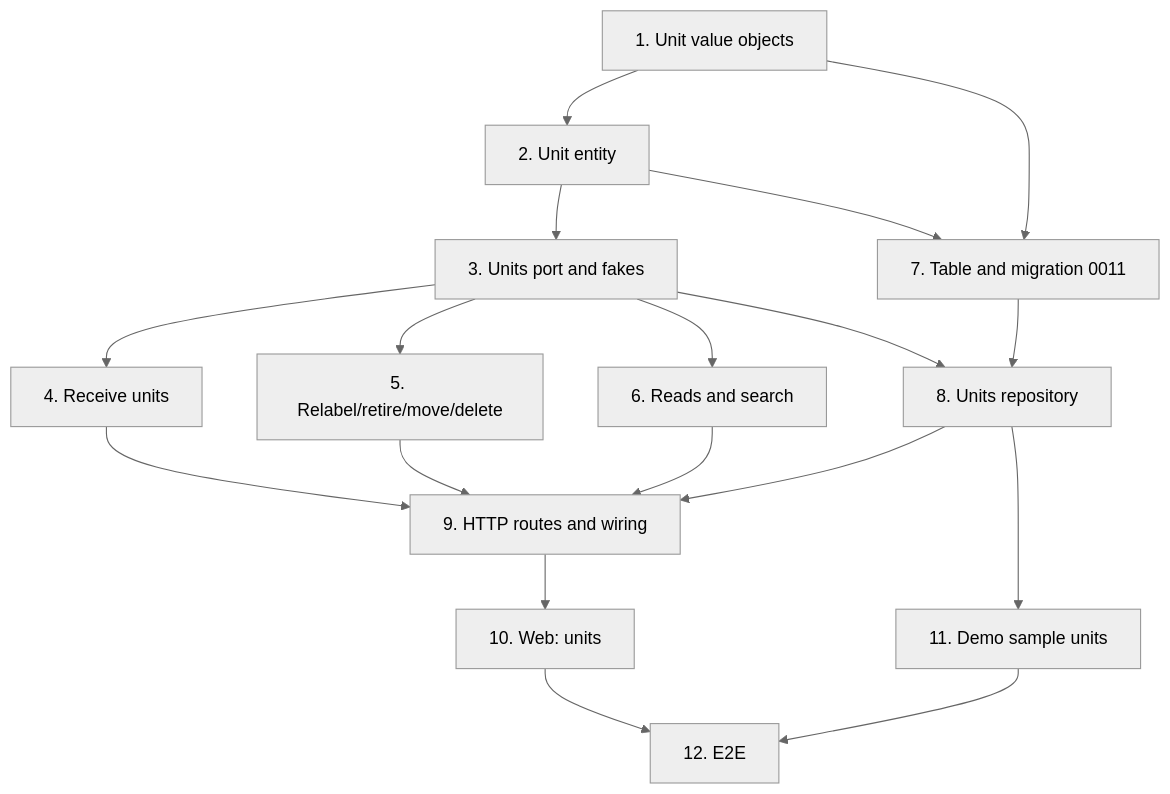
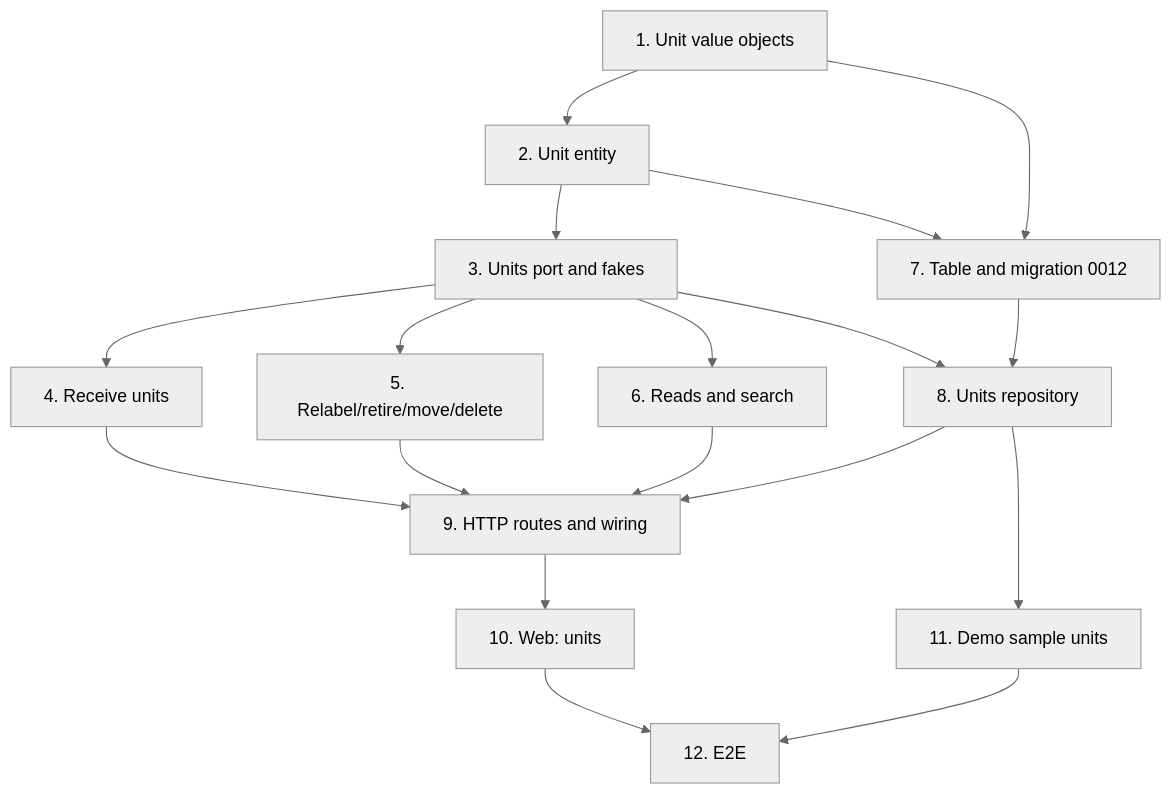
The diagram in .kiro/specs/tracked-units/tasks.md (vinicius-cardoso/wiredex), drawn with Mermaid (neutral theme) before and after one commit. The commit also changed other lines of this file and 2 other files, not shown here.

````diff
--- a/.kiro/specs/tracked-units/tasks.md
+++ b/.kiro/specs/tracked-units/tasks.md
@@ -153,20 +153,20 @@
 ```mermaid
 graph TD
     T1["1. Unit value objects"] --> T2["2. Unit entity"]
     T2 --> T3["3. Units port and fakes"]
     T3 --> T4["4. Receive units"]
     T3 --> T5["5. Relabel/retire/move/delete"]
     T3 --> T6["6. Reads and search"]
-    T1 --> T7["7. Table and migration 0011"]
+    T1 --> T7["7. Table and migration 0012"]
     T2 --> T7
     T7 --> T8["8. Units repository"]
     T3 --> T8
     T4 --> T9["9. HTTP routes and wiring"]
     T5 --> T9
     T6 --> T9
     T8 --> T9
     T9 --> T10["10. Web: units"]
     T8 --> T11["11. Demo sample units"]
     T10 --> T12["12. E2E"]
     T11 --> T12
 ```
````
